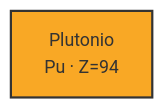
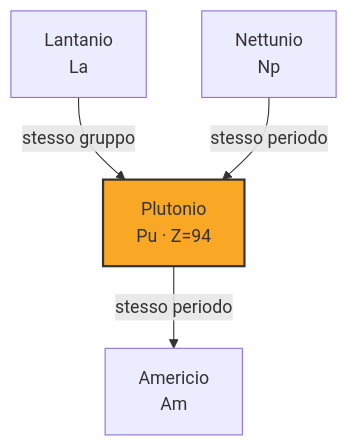
One commit to gianlucaciarcelluti/elements-caos changed the second of 3 diagrams in vault/Elementi/Plutonio.md. Above: the diagram before and after it, drawn with Mermaid. The commit also changed other lines of this file and 517 other files, not shown here.

````diff
--- a/vault/Elementi/Plutonio.md
+++ b/vault/Elementi/Plutonio.md
@@ -56,5 +56,11 @@
 ```mermaid
 flowchart TB
+    S["Lantanio<br/>La"]
+    S -->|stesso gruppo| C
     C["Plutonio<br/>Pu · Z=94"]
+    L["Nettunio<br/>Np"]
+    L -->|stesso periodo| C
+    R["Americio<br/>Am"]
+    C -->|stesso periodo| R
     style C fill:#f9a825,stroke:#333,stroke-width:2px
 ```
````
